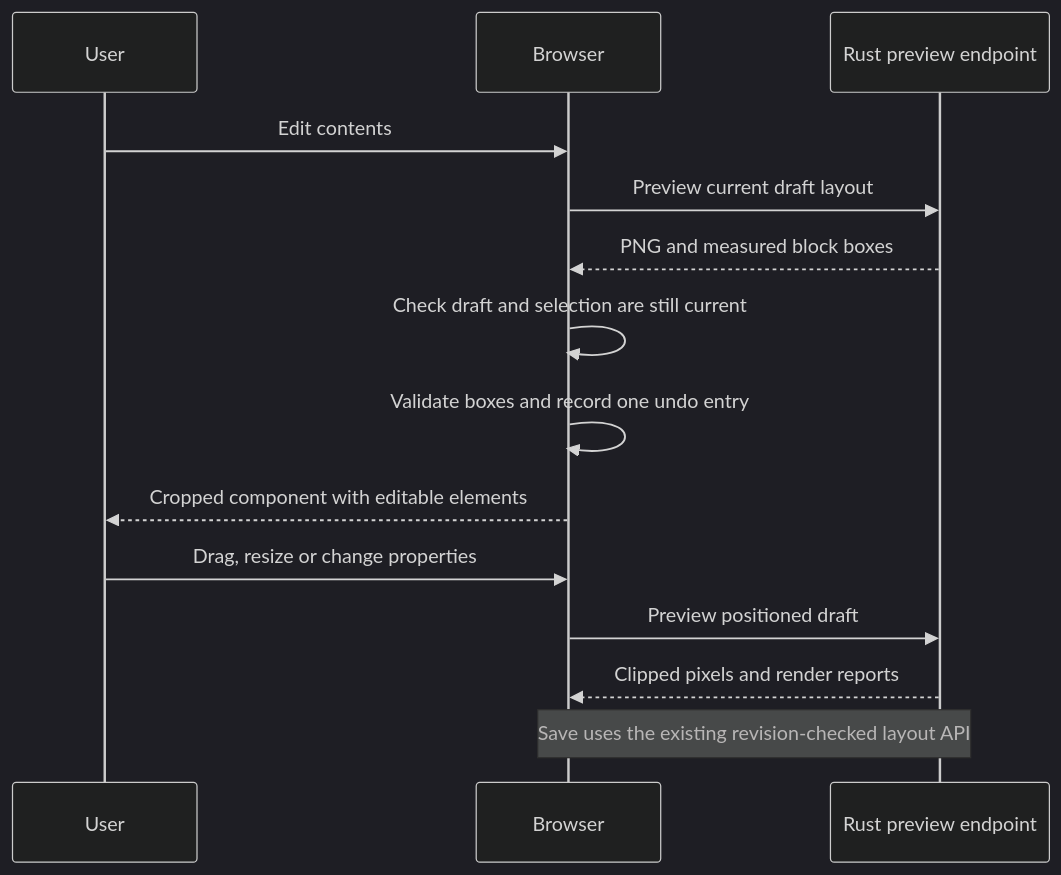
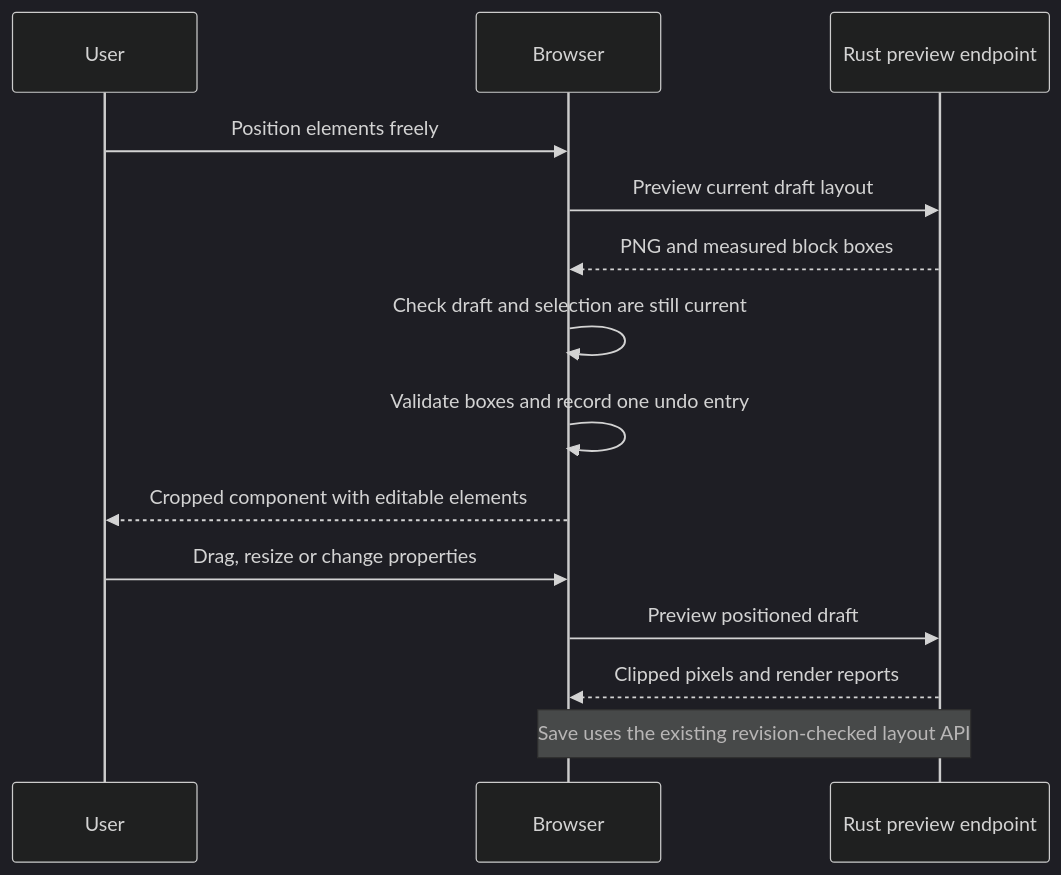
Before and after one commit to Odd-Orbit-Software/Paperphase: the diagram in docs/design/internal-editor.md, drawn with Mermaid (dark theme). The commit also changed other lines of this file and 50 other files, not shown here.

````diff
--- a/docs/design/internal-editor.md
+++ b/docs/design/internal-editor.md
@@ -54,16 +54,16 @@
 ```mermaid
 sequenceDiagram
     participant User
     participant Browser
     participant Renderer as Rust preview endpoint
-    User->>Browser: Edit contents
+    User->>Browser: Position elements freely
     Browser->>Renderer: Preview current draft layout
     Renderer-->>Browser: PNG and measured block boxes
     Browser->>Browser: Check draft and selection are still current
     Browser->>Browser: Validate boxes and record one undo entry
     Browser-->>User: Cropped component with editable elements
     User->>Browser: Drag, resize or change properties
     Browser->>Renderer: Preview positioned draft
     Renderer-->>Browser: Clipped pixels and render reports
     Note over Browser,Renderer: Save uses the existing revision-checked layout API
 ```
````
